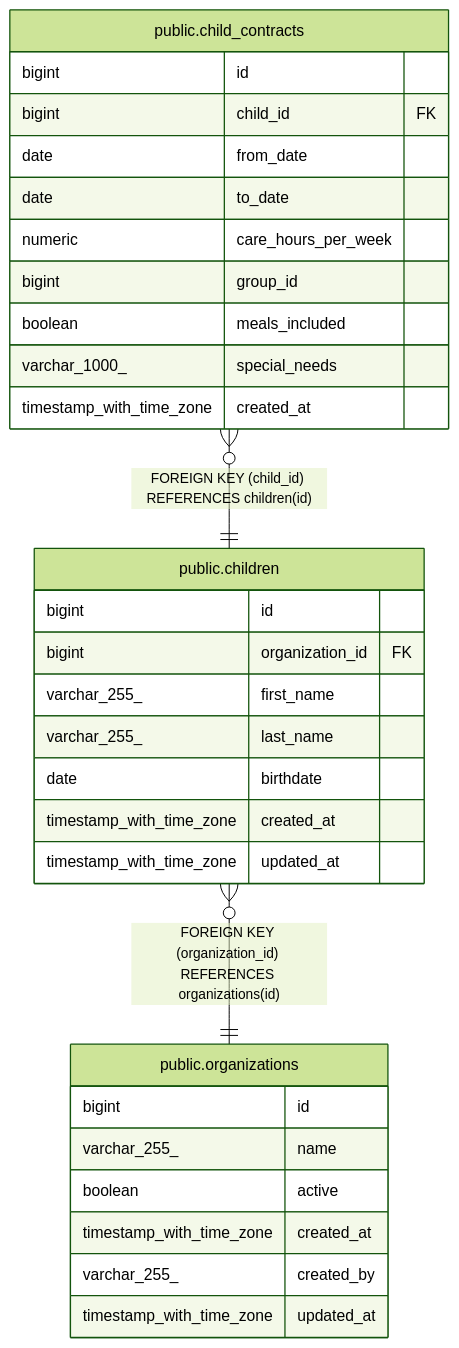
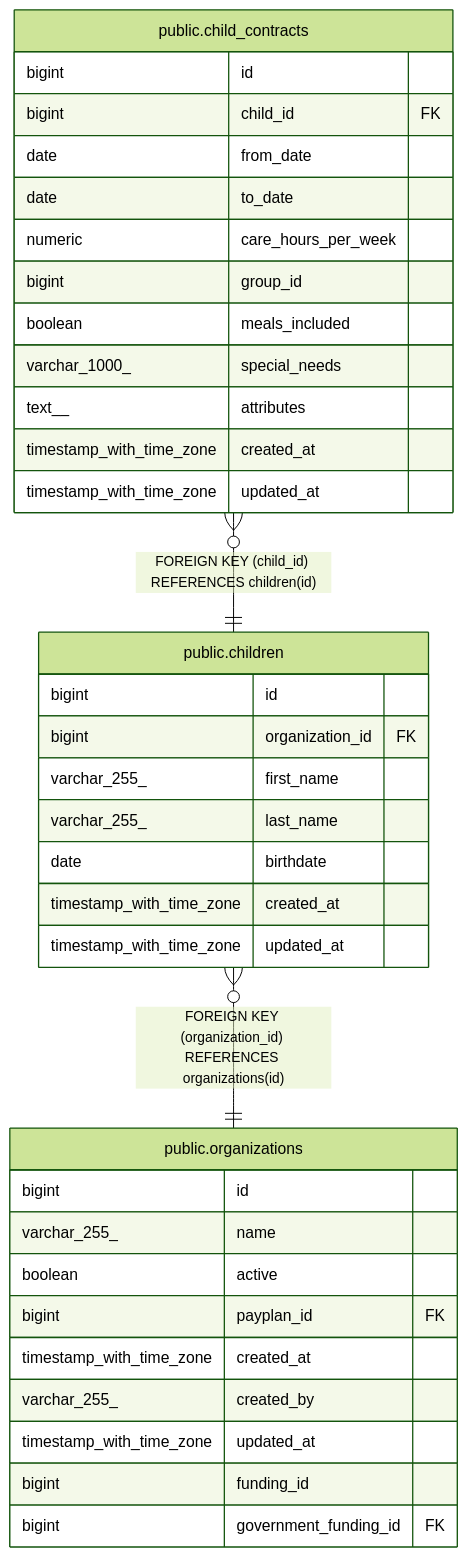
One commit to toabctl/kitamanager-go changed the diagram in docs/schema/public.child_contracts.md. Above: the diagram before and after it, drawn with Mermaid (forest theme). The commit also changed other lines of this file and 41 other files, not shown here.

````diff
--- a/docs/schema/public.child_contracts.md
+++ b/docs/schema/public.child_contracts.md
@@ -38,35 +40,40 @@
 ```mermaid
 erDiagram
 
 "public.child_contracts" }o--|| "public.children" : "FOREIGN KEY (child_id) REFERENCES children(id)"
 "public.children" }o--|| "public.organizations" : "FOREIGN KEY (organization_id) REFERENCES organizations(id)"
 
 "public.child_contracts" {
   bigint id
   bigint child_id FK
   date from_date
   date to_date
   numeric care_hours_per_week
   bigint group_id
   boolean meals_included
   varchar_1000_ special_needs
+  text__ attributes
   timestamp_with_time_zone created_at
+  timestamp_with_time_zone updated_at
 }
 "public.children" {
   bigint id
   bigint organization_id FK
   varchar_255_ first_name
   varchar_255_ last_name
   date birthdate
   timestamp_with_time_zone created_at
   timestamp_with_time_zone updated_at
 }
 "public.organizations" {
   bigint id
   varchar_255_ name
   boolean active
+  bigint payplan_id FK
   timestamp_with_time_zone created_at
   varchar_255_ created_by
   timestamp_with_time_zone updated_at
+  bigint funding_id
+  bigint government_funding_id FK
 }
 ```
````
